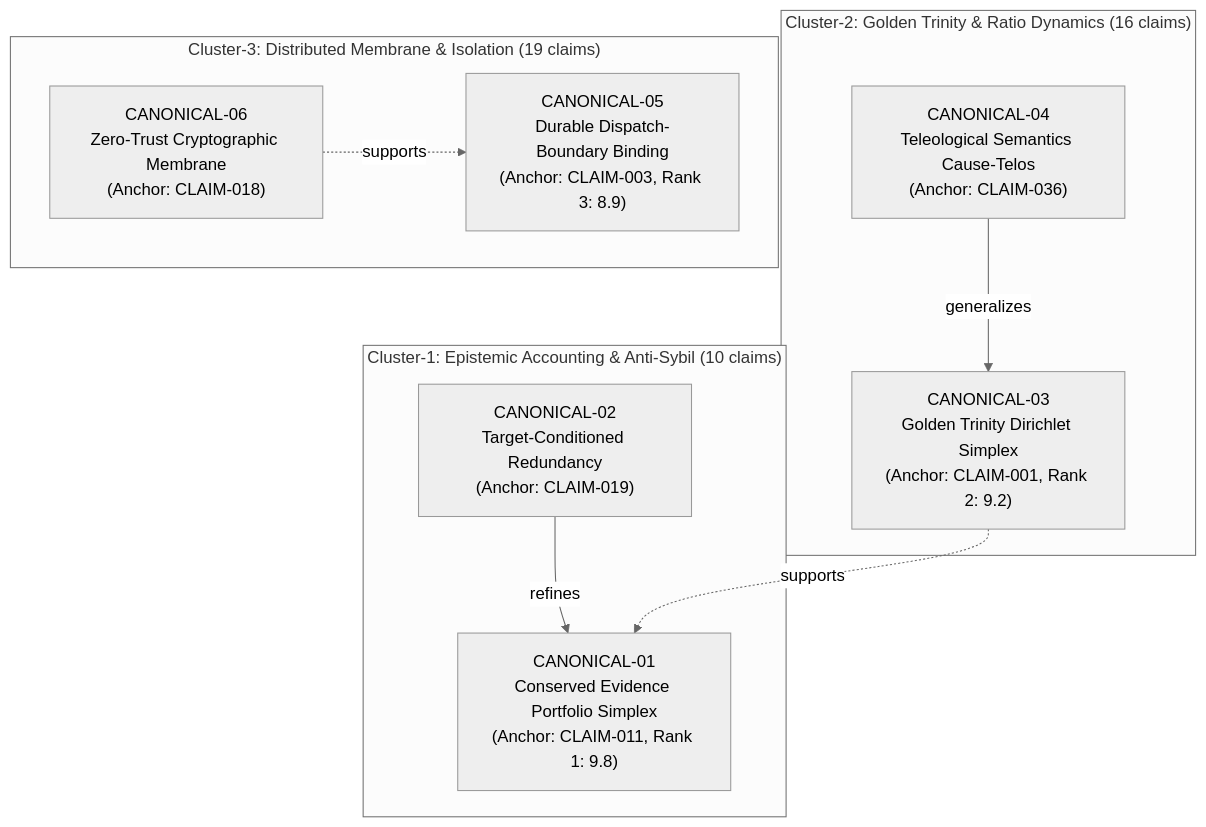
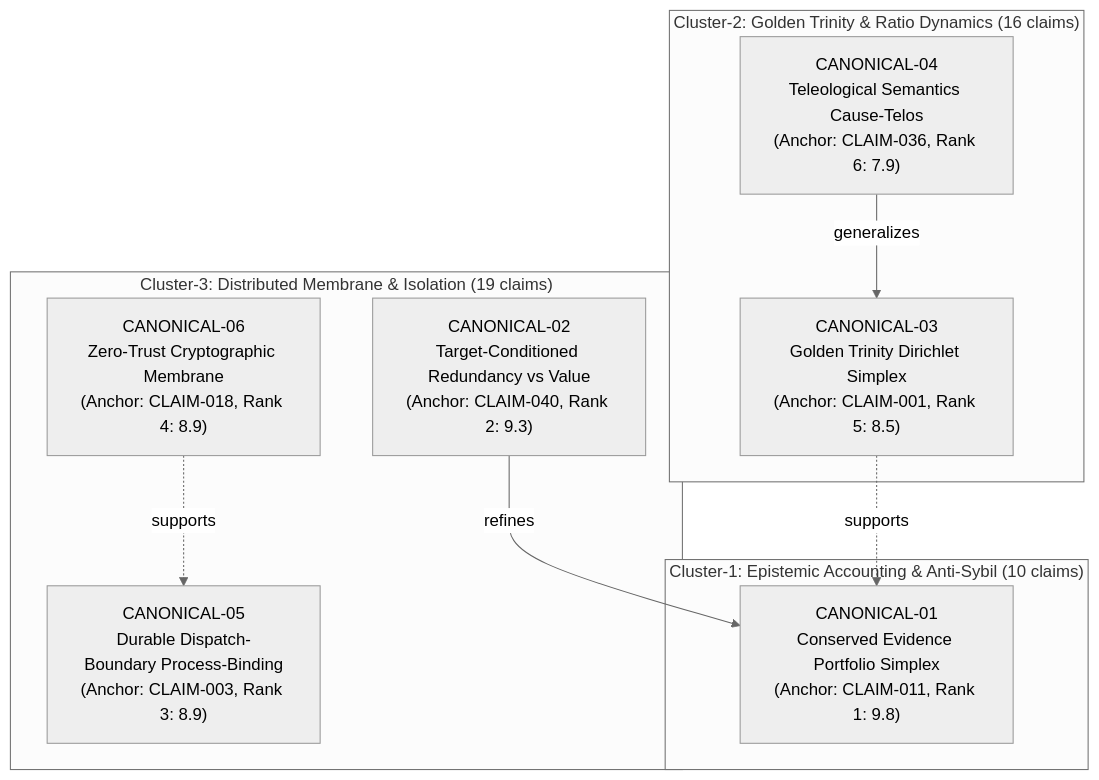
The diagram in research/invariant-graph/CLAIM_GRAPH.md (pashamango/minutta-rp-pr-cycle-lab), drawn with Mermaid (neutral theme) before and after one commit. The commit also changed other lines of this file and 6 other files, not shown here.

Commit message:
fix(invariant-graph): resolve MIN-18 QA rework v2 with rubric band calibration, semantic lineage, and fixture concordance

````diff
--- a/research/invariant-graph/CLAIM_GRAPH.md
+++ b/research/invariant-graph/CLAIM_GRAPH.md
@@ -50,21 +50,21 @@
 ```mermaid
 graph TD
     subgraph Cluster1["Cluster-1: Epistemic Accounting & Anti-Sybil (10 claims)"]
         C01["CANONICAL-01<br/>Conserved Evidence Portfolio Simplex<br/>(Anchor: CLAIM-011, Rank 1: 9.8)"]
-        C02["CANONICAL-02<br/>Target-Conditioned Redundancy<br/>(Anchor: CLAIM-019)"]
-        C02 -->|refines| C01
     end
 
     subgraph Cluster2["Cluster-2: Golden Trinity & Ratio Dynamics (16 claims)"]
-        C03["CANONICAL-03<br/>Golden Trinity Dirichlet Simplex<br/>(Anchor: CLAIM-001, Rank 2: 9.2)"]
-        C04["CANONICAL-04<br/>Teleological Semantics Cause-Telos<br/>(Anchor: CLAIM-036)"]
+        C03["CANONICAL-03<br/>Golden Trinity Dirichlet Simplex<br/>(Anchor: CLAIM-001, Rank 5: 8.5)"]
+        C04["CANONICAL-04<br/>Teleological Semantics Cause-Telos<br/>(Anchor: CLAIM-036, Rank 6: 7.9)"]
         C04 -->|generalizes| C03
         C03 -.->|supports| C01
     end
 
     subgraph Cluster3["Cluster-3: Distributed Membrane & Isolation (19 claims)"]
-        C05["CANONICAL-05<br/>Durable Dispatch-Boundary Binding<br/>(Anchor: CLAIM-003, Rank 3: 8.9)"]
-        C06["CANONICAL-06<br/>Zero-Trust Cryptographic Membrane<br/>(Anchor: CLAIM-018)"]
+        C02["CANONICAL-02<br/>Target-Conditioned Redundancy vs Value<br/>(Anchor: CLAIM-040, Rank 2: 9.3)"]
+        C05["CANONICAL-05<br/>Durable Dispatch-Boundary Process-Binding<br/>(Anchor: CLAIM-003, Rank 3: 8.9)"]
+        C06["CANONICAL-06<br/>Zero-Trust Cryptographic Membrane<br/>(Anchor: CLAIM-018, Rank 4: 8.9)"]
+        C02 -->|refines| C01
         C06 -.->|supports| C05
     end
 ```
````
